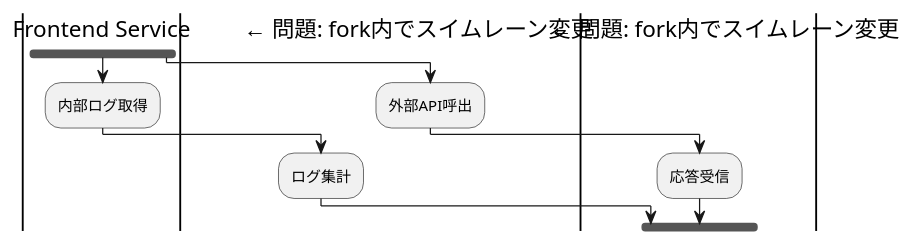
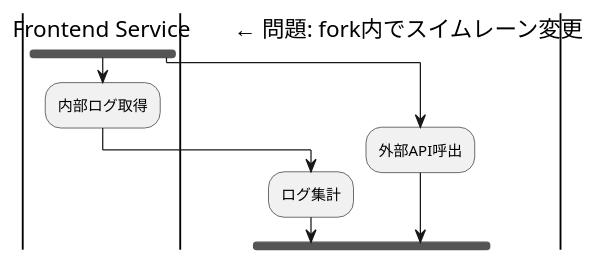
One commit to yoshiwo3/PlantUML2_Opus4.5 changed the fifth of 8 diagrams in docs/guides/PlantUML_SVG_Generation_Guide.md. Above: the diagram before and after it, drawn with PlantUML. The commit also changed other lines of this file, not shown here.

First line of the commit message:
docs: PlantUML SVG生成ガイドv4.0（全面改善）

````diff
--- a/docs/guides/PlantUML_SVG_Generation_Guide.md
+++ b/docs/guides/PlantUML_SVG_Generation_Guide.md
@@ -856,13 +614,11 @@
 ```plantuml
 ' ❌ 問題パターン: fork内でスイムレーン遷移
 |Frontend Service|
 fork
   :内部ログ取得;
   |Supabase|             ← 問題: fork内でスイムレーン変更
   :ログ集計;
 fork again
   :外部API呼出;
-  |External API|         ← 問題: fork内でスイムレーン変更
-  :応答受信;
 end fork
 ```
````
